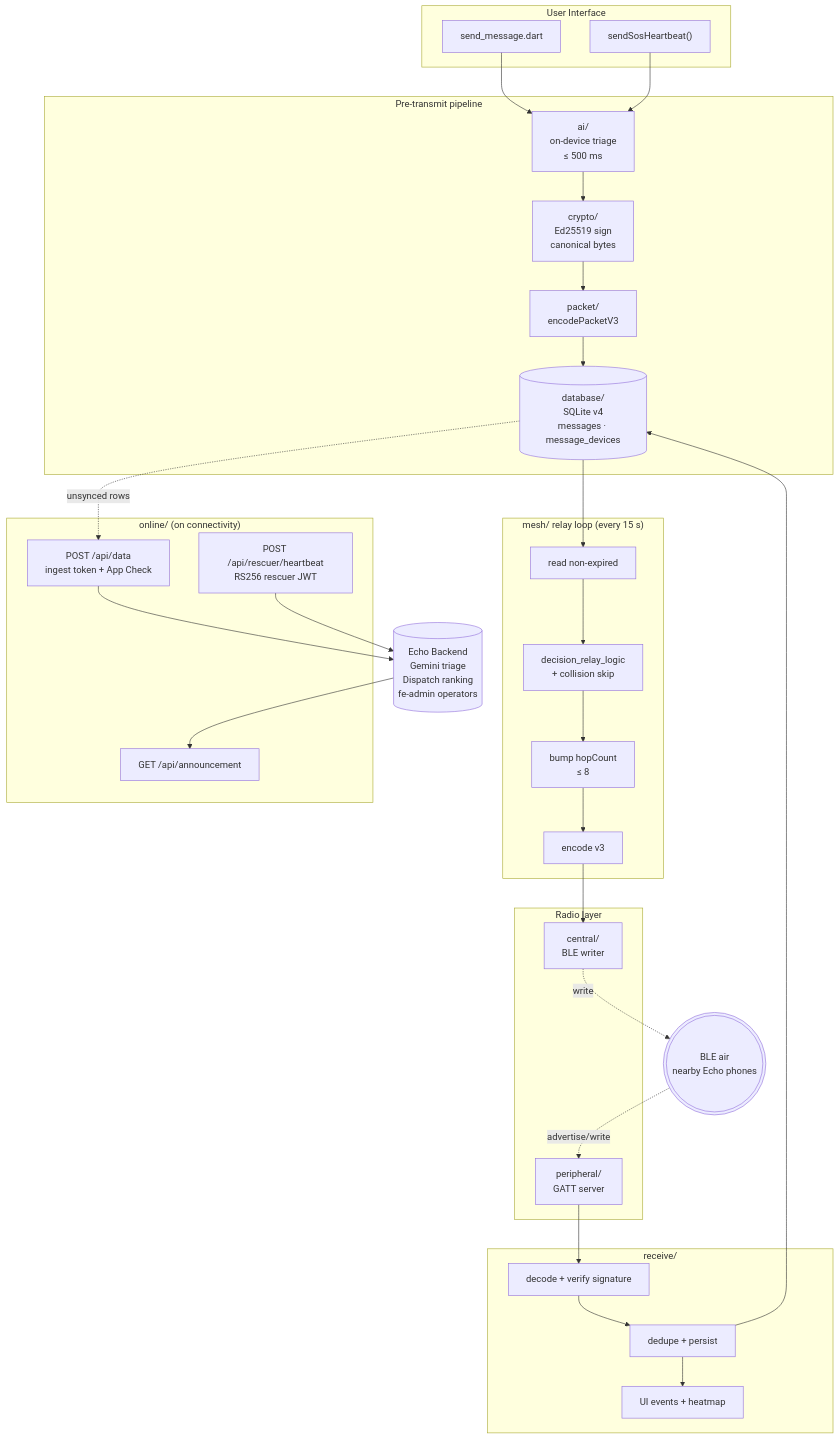
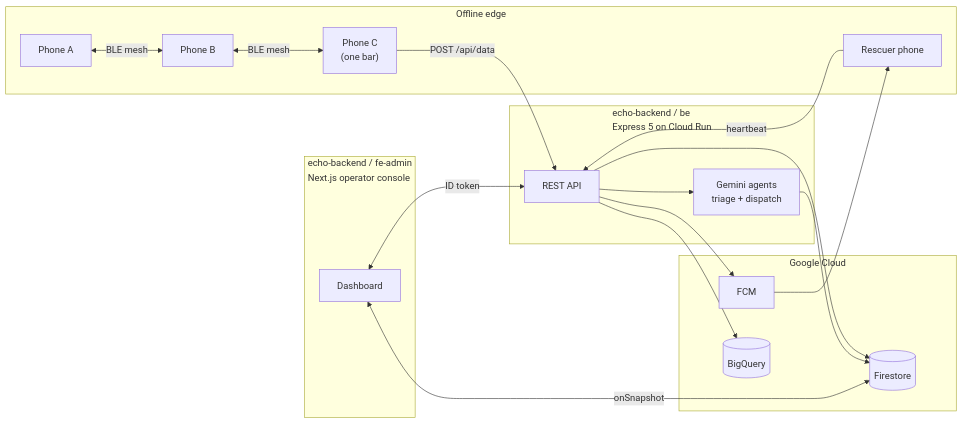
The diagram in README.md (0xteamCookie/echo), drawn with Mermaid before and after one commit. The commit also changed other lines of this file, not shown here.

````diff
--- a/README.md
+++ b/README.md
@@ -119,55 +131,35 @@
 ```mermaid
-flowchart TD
-    subgraph UI["User Interface"]
-        UISend["send_message.dart"]
-        UISos["sendSosHeartbeat()"]
+flowchart LR
+    subgraph Edge["Offline edge"]
+        U1["Phone A"]
+        U2["Phone B"]
+        U3["Phone C<br/>(one bar)"]
+        R["Rescuer phone"]
     end
 
-    subgraph PreTx["Pre-transmit pipeline"]
-        Triage["ai/<br/>on-device triage<br/>≤ 500 ms"]
-        Sign["crypto/<br/>Ed25519 sign<br/>canonical bytes"]
-        Pkt["packet/<br/>encodePacketV3"]
-        DB[("database/<br/>SQLite v4<br/>messages · message_devices")]
+    subgraph BE["echo-backend / be<br/>Express 5 on Cloud Run"]
+        API["REST API"]
+        AI["Gemini agents<br/>triage + dispatch"]
     end
 
-    subgraph Mesh["mesh/  relay loop  (every 15 s)"]
-        Read["read non-expired"]
-        Decide["decision_relay_logic<br/>+ collision skip"]
-        Bump["bump hopCount<br/>≤ 8"]
-        Encode["encode v3"]
+    subgraph FE["echo-backend / fe-admin<br/>Next.js operator console"]
+        Dash["Dashboard"]
     end
 
-    subgraph Radio["Radio layer"]
-        Central["central/<br/>BLE writer"]
-        Periph["peripheral/<br/>GATT server"]
+    subgraph GCP["Google Cloud"]
+        FS[("Firestore")]
+        FCMNode["FCM"]
+        BQ[("BigQuery")]
     end
 
-    Air((("BLE air<br/>nearby Echo phones")))
-
-    subgraph Recv["receive/"]
-        Decode["decode + verify signature"]
-        Dedupe["dedupe + persist"]
-        UIEv["UI events + heatmap"]
-    end
-
-    subgraph Online["online/  (on connectivity)"]
-        Sync["POST /api/data<br/>ingest token + App Check"]
-        HB["POST /api/rescuer/heartbeat<br/>RS256 rescuer JWT"]
-        Ann["GET /api/announcement"]
-    end
-
-    Backend[("Echo Backend<br/>Gemini triage<br/>Dispatch ranking<br/>fe-admin operators")]
-
-    UISend --> Triage --> Sign --> Pkt --> DB
-    UISos --> Triage
-    DB --> Read --> Decide --> Bump --> Encode
-    Encode --> Central
-    Central -.write.-> Air
-    Air -.advertise/write.-> Periph
-    Periph --> Decode --> Dedupe --> UIEv
-    Dedupe --> DB
-    DB -.unsynced rows.-> Sync
-    Sync --> Backend
-    HB --> Backend
-    Backend --> Ann
+    U1 <-- "BLE mesh" --> U2 <-- "BLE mesh" --> U3
+    U3 -- "POST /api/data" --> API
+    R -- "heartbeat" --> API
+    API --> AI
+    API --> FS
+    API --> BQ
+    AI --> FS
+    API --> FCMNode --> R
+    Dash <-- "ID token" --> API
+    Dash <-- "onSnapshot" --> FS
 ```
````
